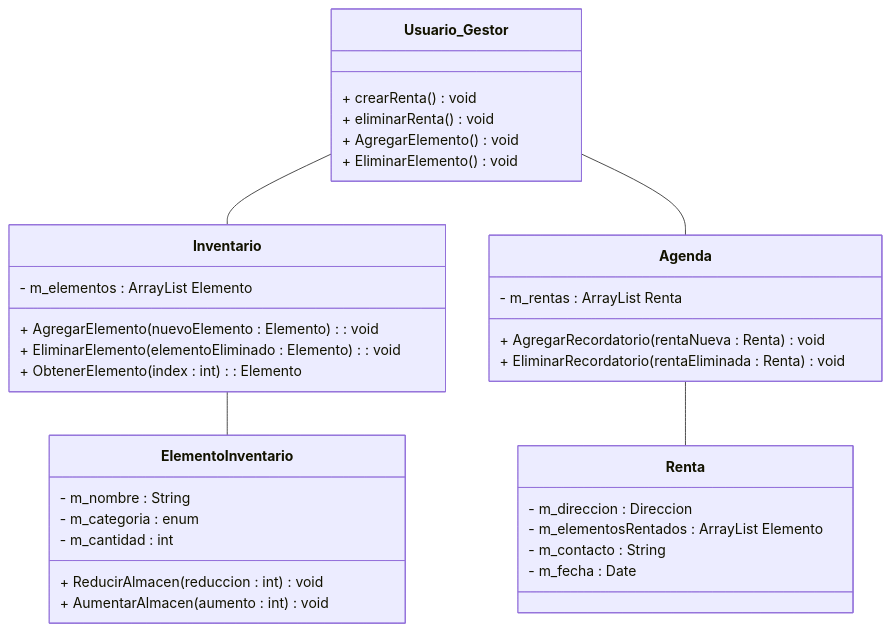
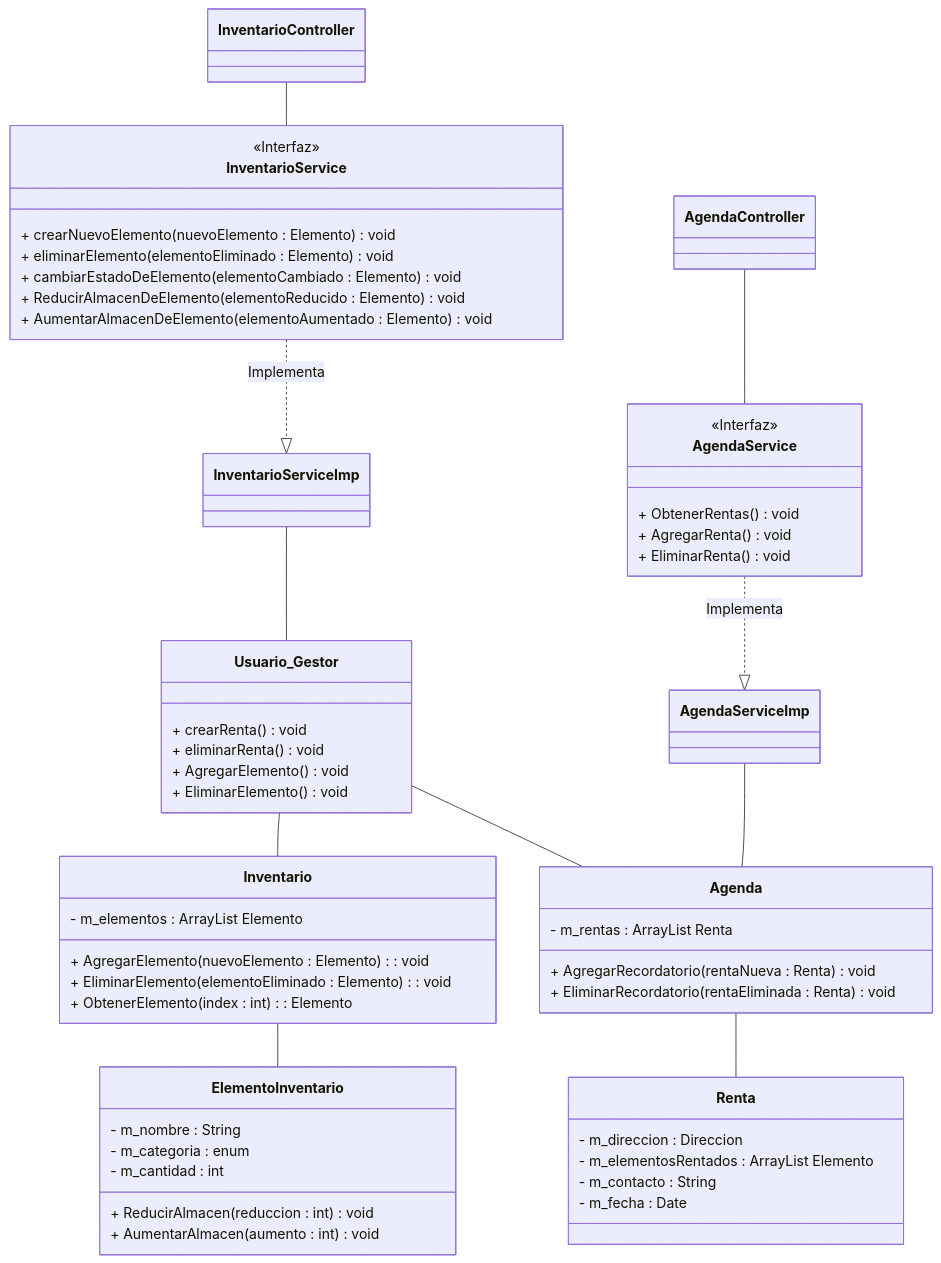
Before and after one commit to JuanJoseVargasArvizu/ProyectoAguileta: the diagram in Documentacion/Diagramas/DiagramaDeClases.mmd, drawn with Mermaid. The commit also changed 1 other file, not shown here.

Commit message:
Cambios en los requisitos y diagrama  de clases

```diff
--- a/Documentacion/Diagramas/DiagramaDeClases.mmd
+++ b/Documentacion/Diagramas/DiagramaDeClases.mmd
@@ -1,44 +1,88 @@
 
 
 classDiagram
 
+
+
+    InventarioService ..|> InventarioServiceImp : Implementa
+    InventarioController -- InventarioService
+    InventarioServiceImp -- Usuario_Gestor
+
+    AgendaService ..|> AgendaServiceImp : Implementa
+    AgendaController -- AgendaService
+    AgendaServiceImp -- Agenda
+    
+    Usuario_Gestor -- Inventario
     Inventario -- ElementoInventario
+    Usuario_Gestor -- Agenda
     Agenda -- Renta
-    Usuario_Gestor -- Inventario
-    Usuario_Gestor -- Agenda
+
+
+    class InventarioService{
+      <<Interfaz>>
+      + crearNuevoElemento(nuevoElemento : Elemento) void
+      + eliminarElemento(elementoEliminado : Elemento) void
+      + cambiarEstadoDeElemento(elementoCambiado : Elemento) void
+      + ReducirAlmacenDeElemento(elementoReducido : Elemento) void
+      + AumentarAlmacenDeElemento(elementoAumentado : Elemento) void
+    }
+
+    class AgendaService{
+      <<Interfaz>>
+      + ObtenerRentas() void
+      + AgregarRenta() void
+      + EliminarRenta() void
+    }
+
+    class InventarioServiceImp{
+      
+    }
+
+     class AgendaServiceImp{
+      
+    }
+
+
+    class InventarioController{
+
+    }
+
+    class AgendaController{
+
+    }
 
     class ElementoInventario{
       - m_nombre : String
       - m_categoria : enum
       - m_cantidad : int
       
       + ReducirAlmacen(reduccion : int) void
       + AumentarAlmacen( aumento : int) void
     }
 
     class Inventario{
       - m_elementos : ArrayList Elemento
       + AgregarElemento(nuevoElemento : Elemento) : void
       + EliminarElemento(elementoEliminado : Elemento) : void
       + ObtenerElemento(index : int) : Elemento
     }
 
     class Renta{
       - m_direccion : Direccion
       - m_elementosRentados : ArrayList Elemento
       - m_contacto : String
       - m_fecha : Date
     }
 
     class Agenda{
       - m_rentas : ArrayList Renta
       + AgregarRecordatorio(rentaNueva : Renta) void
       + EliminarRecordatorio(rentaEliminada : Renta) void
     }
 
     class Usuario_Gestor{
       + crearRenta() void
       + eliminarRenta() void
       + AgregarElemento() void
       + EliminarElemento() void
     }
```
